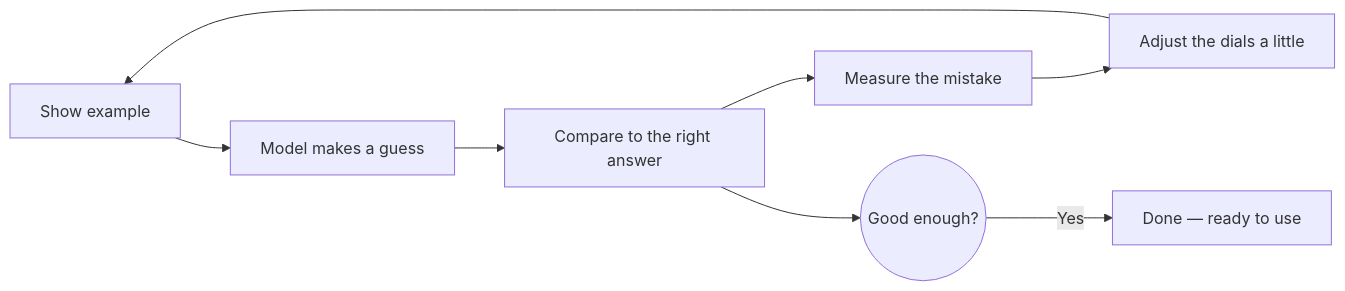
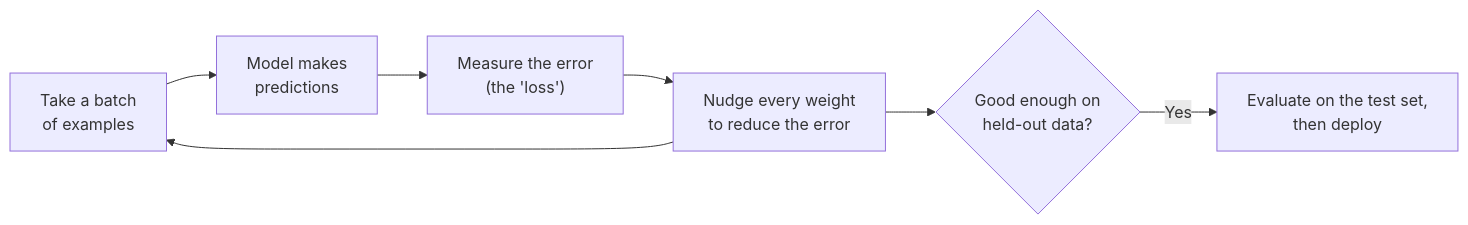
The sixth of 6 diagrams in github-pages/docs/technology/ai-fundamentals-simple.md (AndrewAltimit/Documentation), drawn with Mermaid before and after one commit. The commit also changed other lines of this file and 240 other files, not shown here.

````diff
--- a/github-pages/docs/technology/ai-fundamentals-simple.md
+++ b/github-pages/docs/technology/ai-fundamentals-simple.md
@@ -131,10 +190,9 @@
 ```mermaid
 flowchart LR
-    A[Show example] --> B[Model makes a guess]
-    B --> C[Compare to the right answer]
-    C --> D[Measure the mistake]
-    D --> E[Adjust the dials a little]
-    E --> A
-    C --> F((Good enough?))
-    F -->|Yes| G[Done — ready to use]
+    A["Take a batch<br/>of examples"] --> B["Model makes<br/>predictions"]
+    B --> C["Measure the error<br/>(the 'loss')"]
+    C --> D["Nudge every weight<br/>to reduce the error"]
+    D --> A
+    D --> E{"Good enough on<br/>held-out data?"}
+    E -->|"Yes"| F["Evaluate on the test set,<br/>then deploy"]
 ```
````
